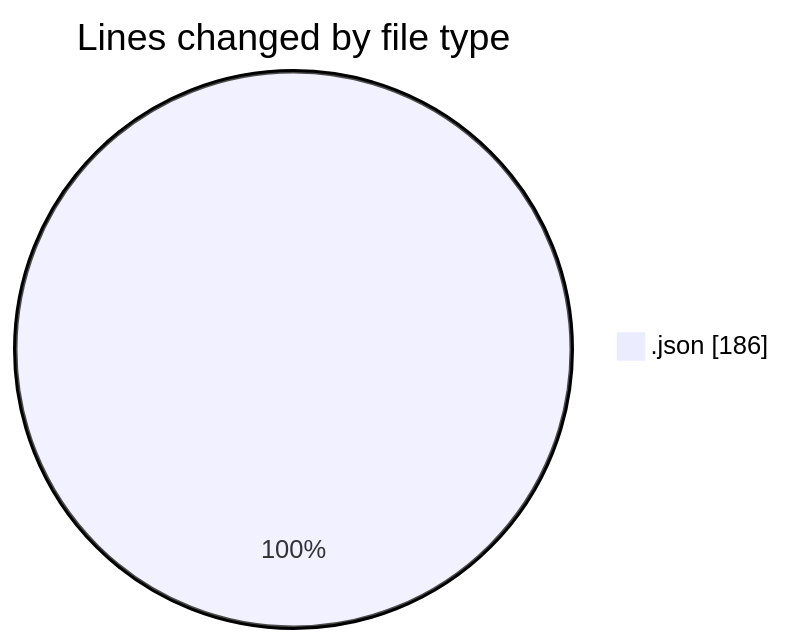
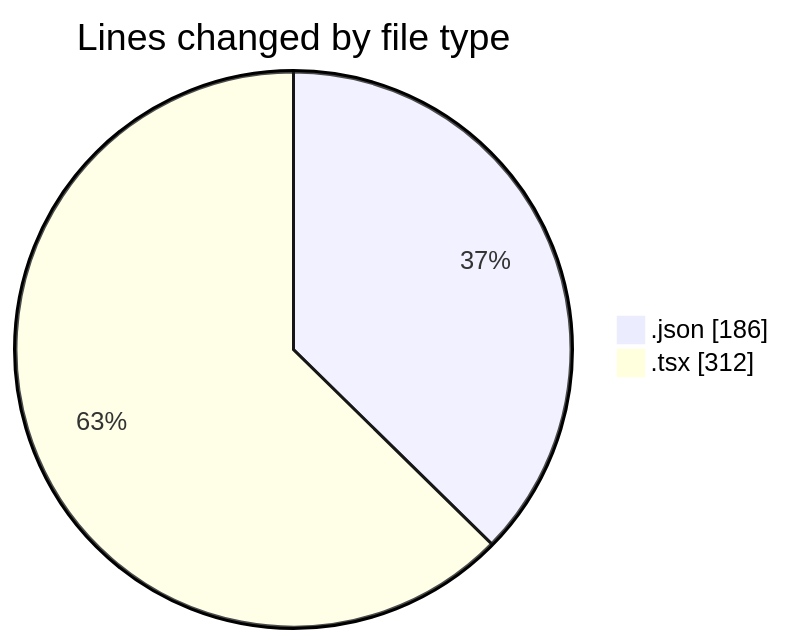
The first of 2 diagrams in 2026-07-14/cda/README.md (momahboobian/code-tracking), drawn with Mermaid before and after one commit. The commit also changed other lines of this file and 1 other file, not shown here.

````diff
--- a/2026-07-14/cda/README.md
+++ b/2026-07-14/cda/README.md
@@ -20,5 +21,6 @@
 ```mermaid
 pie showData
 title Lines changed by file type
 ".json" : 186
+".tsx" : 312
 ```
````
